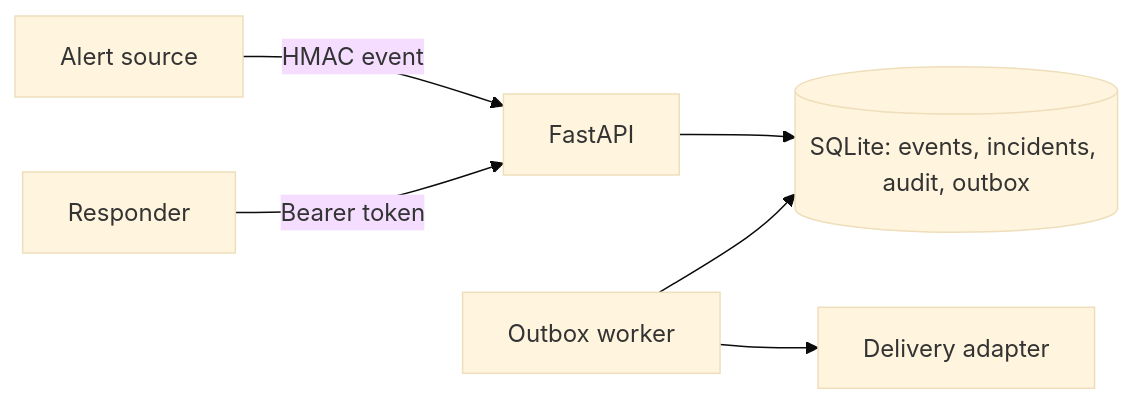
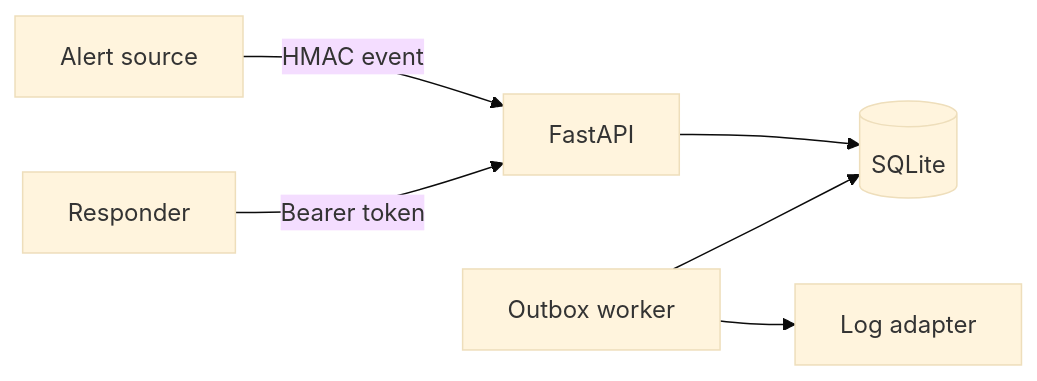
The diagram in README.md (DARWINFLOREZ10/Alertfold), drawn with Mermaid (base theme) before and after one commit. The commit also changed other lines of this file and 3 other files, not shown here.

````diff
--- a/README.md
+++ b/README.md
@@ -15,8 +13,8 @@
 ```mermaid
 flowchart LR
   Source[Alert source] -->|HMAC event| API[FastAPI]
   User[Responder] -->|Bearer token| API
-  API --> DB[(SQLite: events, incidents, audit, outbox)]
+  API --> DB[(SQLite)]
   Worker[Outbox worker] --> DB
-  Worker --> Delivery[Delivery adapter]
+  Worker --> Delivery[Log adapter]
 ```
````
